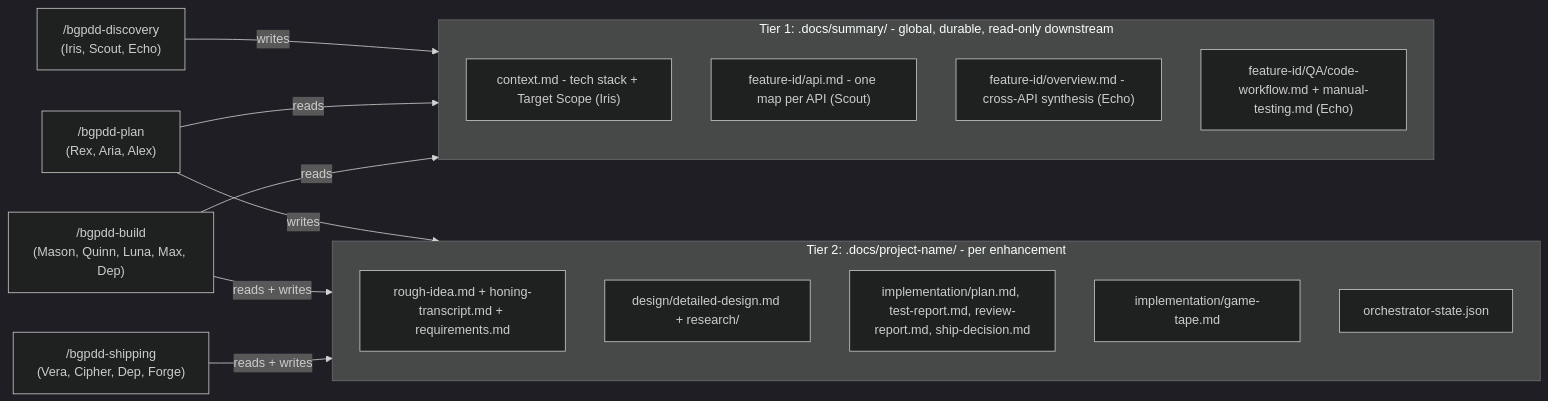
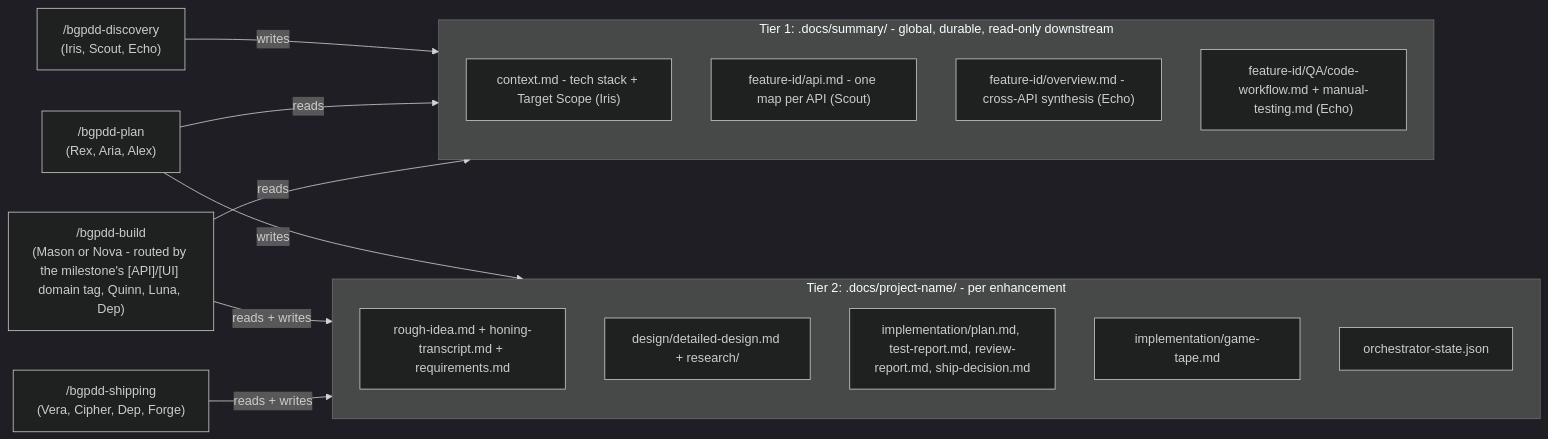
One commit to MuhammadShaharyarNaeem/blackgoat-agentskills changed the second of 7 diagrams in README.md. Above: the diagram before and after it, drawn with Mermaid (dark theme). The commit also changed other lines of this file and 27 other files, not shown here.

````diff
--- a/README.md
+++ b/README.md
@@ -90,29 +90,29 @@
 ```mermaid
 flowchart LR
     D["/bgpdd-discovery<br/>(Iris, Scout, Echo)"]
     P["/bgpdd-plan<br/>(Rex, Aria, Alex)"]
-    B["/bgpdd-build<br/>(Mason, Quinn, Luna, Max, Dep)"]
+    B["/bgpdd-build<br/>(Mason or Nova - routed by the milestone's [API]/[UI] domain tag, Quinn, Luna, Dep)"]
     S["/bgpdd-shipping<br/>(Vera, Cipher, Dep, Forge)"]
 
     subgraph T1["Tier 1: .docs/summary/ - global, durable, read-only downstream"]
         C1["context.md - tech stack + Target Scope (Iris)"]
         F2["feature-id/api.md - one map per API (Scout)"]
         F1["feature-id/overview.md - cross-API synthesis (Echo)"]
         F3["feature-id/QA/code-workflow.md + manual-testing.md (Echo)"]
     end
 
     subgraph T2["Tier 2: .docs/project-name/ - per enhancement"]
         R1["rough-idea.md + honing-transcript.md + requirements.md"]
         R2["design/detailed-design.md + research/"]
         R3["implementation/plan.md, test-report.md, review-report.md, ship-decision.md"]
         R4["implementation/game-tape.md"]
         R5["orchestrator-state.json"]
     end
 
     D -- writes --> T1
     P -- reads --> T1
     B -- reads --> T1
     P -- writes --> T2
     B -- reads + writes --> T2
     S -- reads + writes --> T2
 ```
````
